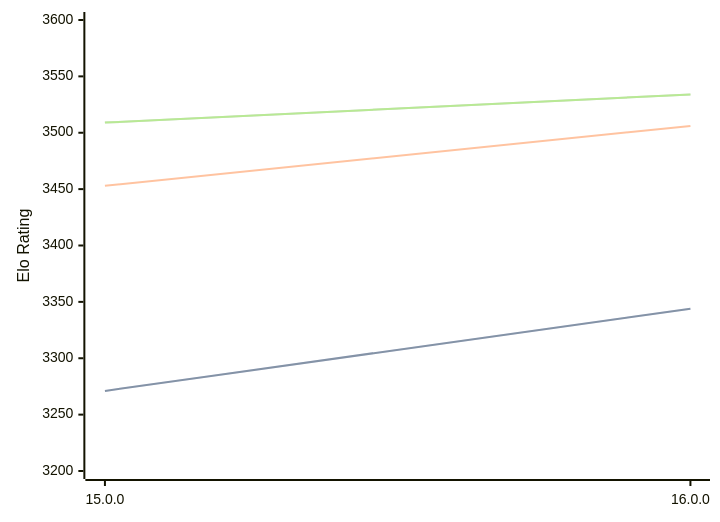
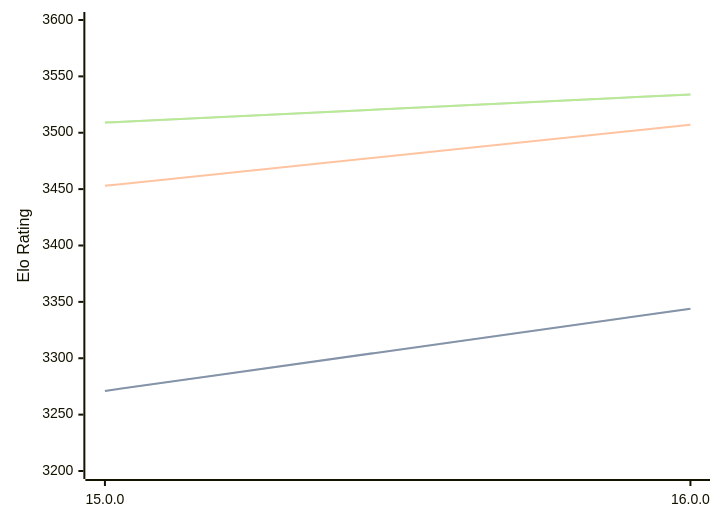
The first of 3 diagrams in engines/Halogen.md (computer-chess-index/cci), drawn with Mermaid before and after one commit. The commit also changed other lines of this file, not shown here.

````diff
--- a/engines/Halogen.md
+++ b/engines/Halogen.md
@@ -50,11 +50,11 @@
 ```mermaid
 %%{init: {"theme":"base","themeVariables":{"seriesColors:['#a3a3a3','#222221','#faa371']}}}%%
 xychart-beta
   x-axis ["15.0.0", "16.0.0"]
   y-axis "Elo Rating" 3200 --> 3600
   line "STC (8.0+0.08s)" [3271, 3344]
   line "STC (8.0+0.08s)" [3271, 3344]
-  line "LTC (60.0+0.60s)" [3453, 3506]
+  line "LTC (60.0+0.60s)" [3453, 3507]
   line "VLTC (2m24s+1.12s)" [3509, 3534]
   line "VLTC (2m24s+1.12s)" [3509, 3534]
 ```
````
